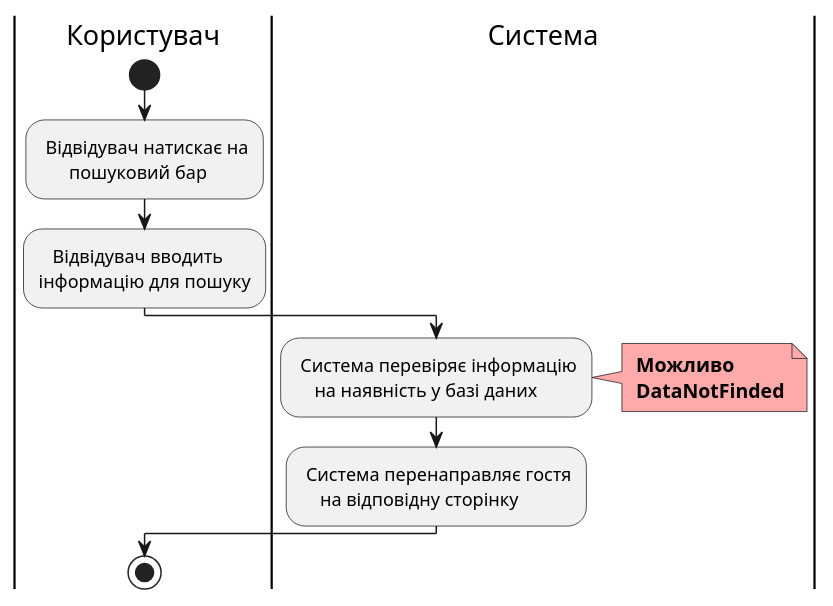
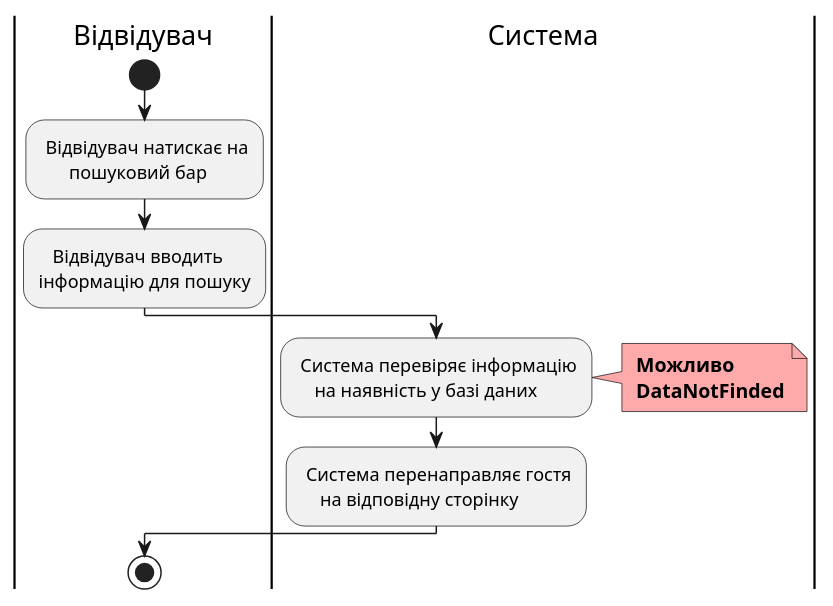
The diagram in docs/use cases/puml/use-case-05.puml (dimatortik/db-course-theme2), drawn with PlantUML before and after one commit. The commit also changed 3 other files, not shown here.

```diff
--- a/docs/use cases/puml/use-case-05.puml
+++ b/docs/use cases/puml/use-case-05.puml
@@ -8,21 +8,21 @@
 @startuml
-    |Користувач|
+    |Відвідувач|
         start
         : Відвідувач натискає на
               пошуковий бар;
         :   Відвідувач вводить
         інформацію для пошуку;
     |Система|
         : Система перевіряє інформацію 
             на наявність у базі даних;
         note right #ffaaaa
         <b> Можливо
         <b> DataNotFinded
         end note
         : Система перенаправляє гостя 
             на відповідну сторінку;
 
-    |Користувач|
+    |Відвідувач|
         stop;
 
 @enduml
```
